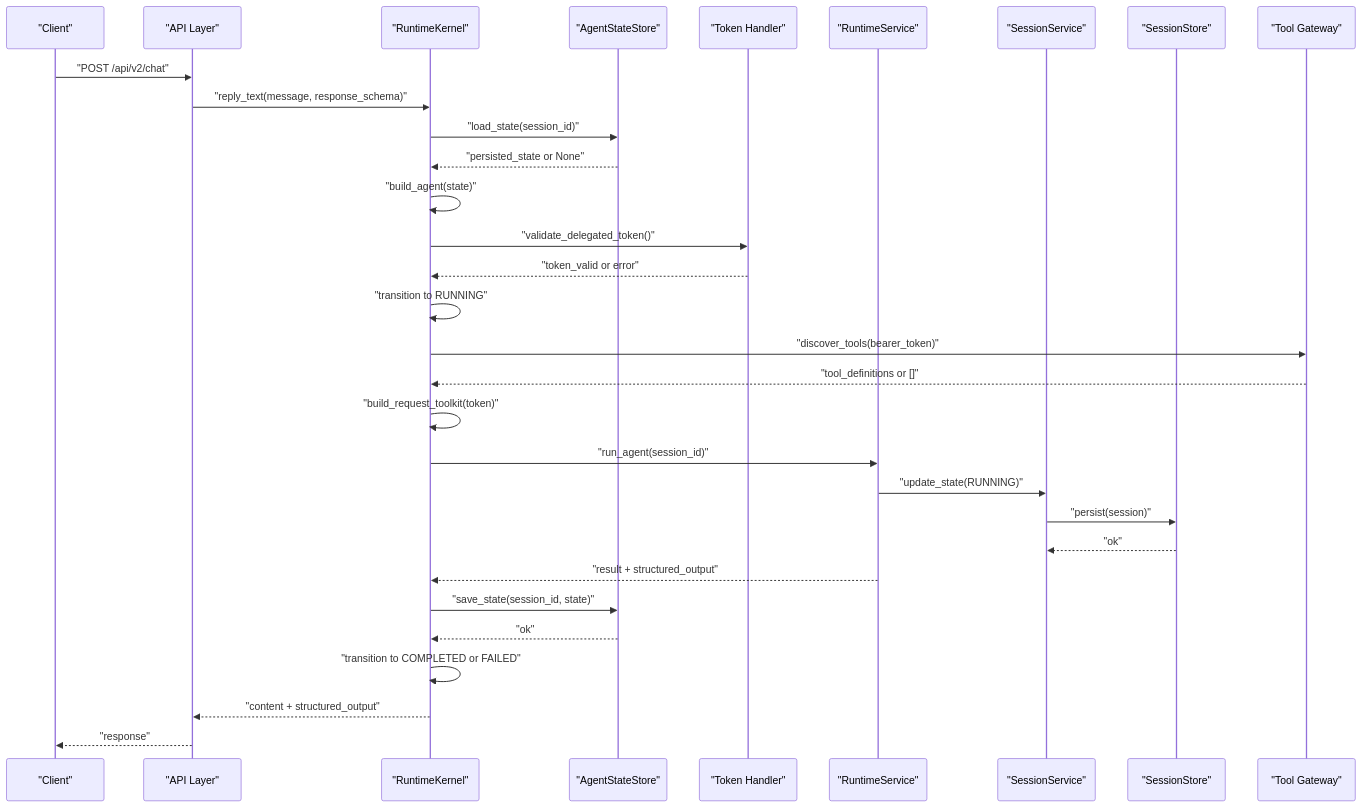
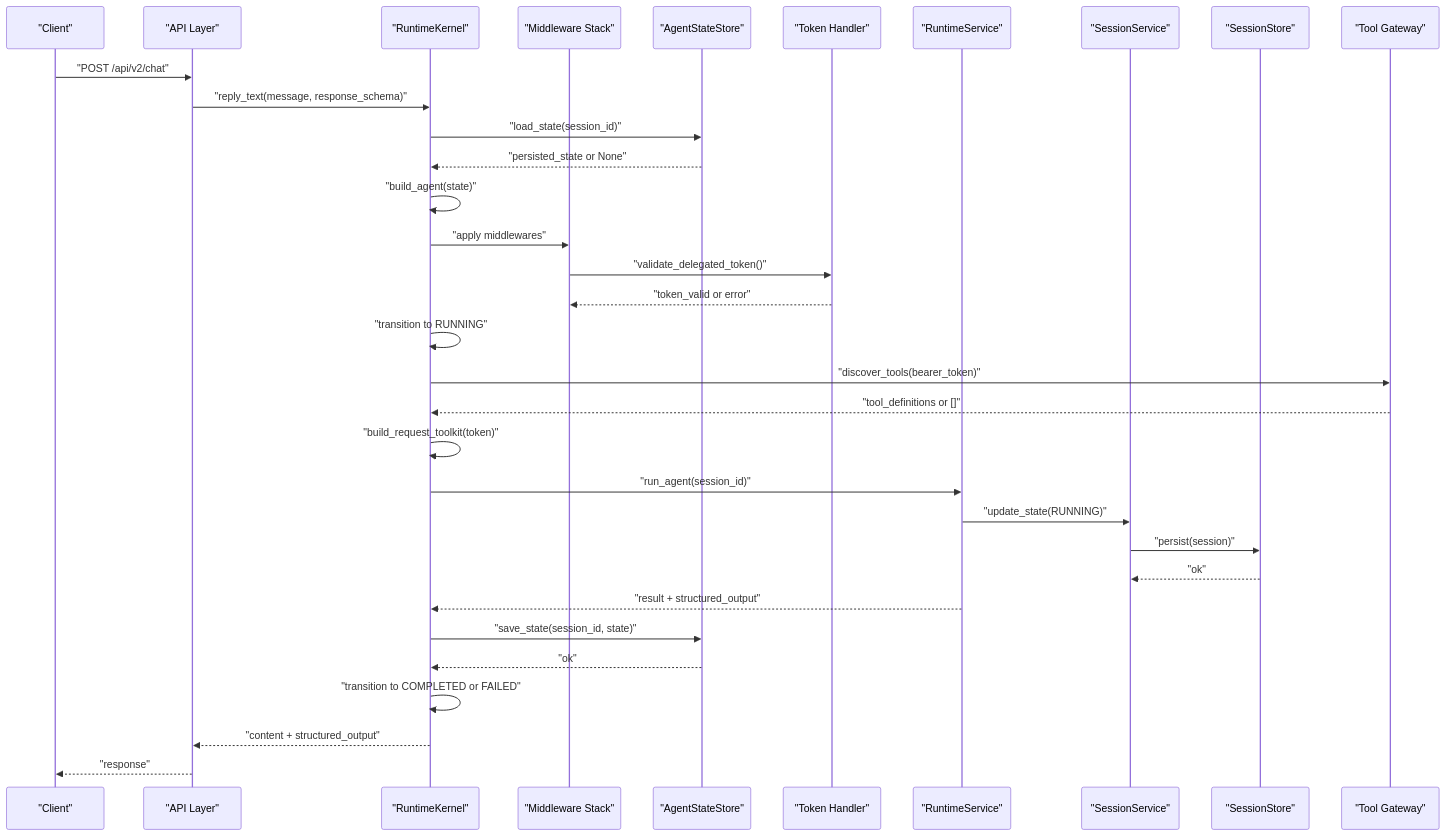
One commit to metasync/luban-aiops changed the second of 4 diagrams in .qoder/repowiki/en/content/Agent Platform Service/Runtime Kernel and Agent Lifecycle.md. Above: the diagram before and after it, drawn with Mermaid. The commit also changed other lines of this file and 25 other files, not shown here.

````diff
--- a/.qoder/repowiki/en/content/Agent Platform Service/Runtime Kernel and Agent Lifecycle.md
+++ b/.qoder/repowiki/en/content/Agent Platform Service/Runtime Kernel and Agent Lifecycle.md
@@ -123,33 +138,35 @@
 ```mermaid
 sequenceDiagram
 participant Client as "Client"
 participant API as "API Layer"
 participant Kernel as "RuntimeKernel"
+participant Middleware as "Middleware Stack"
 participant StateStore as "AgentStateStore"
 participant TokenHandler as "Token Handler"
 participant RSvc as "RuntimeService"
 participant SSvc as "SessionService"
 participant Store as "SessionStore"
 participant Gateway as "Tool Gateway"
 Client->>API : "POST /api/v2/chat"
 API->>Kernel : "reply_text(message, response_schema)"
 Kernel->>StateStore : "load_state(session_id)"
 StateStore-->>Kernel : "persisted_state or None"
 Kernel->>Kernel : "build_agent(state)"
-Kernel->>TokenHandler : "validate_delegated_token()"
-TokenHandler-->>Kernel : "token_valid or error"
+Kernel->>Middleware : "apply middlewares"
+Middleware->>TokenHandler : "validate_delegated_token()"
+TokenHandler-->>Middleware : "token_valid or error"
 Kernel->>Kernel : "transition to RUNNING"
 Kernel->>Gateway : "discover_tools(bearer_token)"
 Gateway-->>Kernel : "tool_definitions or []"
 Kernel->>Kernel : "build_request_toolkit(token)"
 Kernel->>RSvc : "run_agent(session_id)"
 RSvc->>SSvc : "update_state(RUNNING)"
 SSvc->>Store : "persist(session)"
 Store-->>SSvc : "ok"
 RSvc-->>Kernel : "result + structured_output"
 Kernel->>StateStore : "save_state(session_id, state)"
 StateStore-->>Kernel : "ok"
 Kernel->>Kernel : "transition to COMPLETED or FAILED"
 Kernel-->>API : "content + structured_output"
 API-->>Client : "response"
 ```
````
